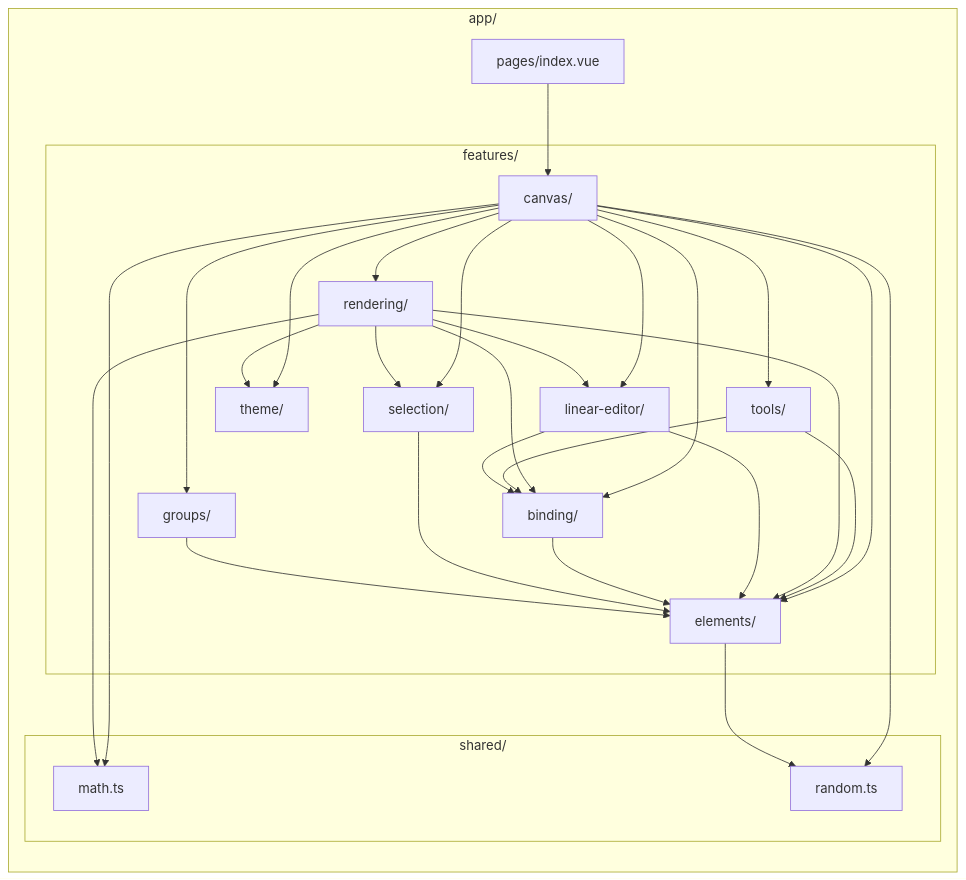
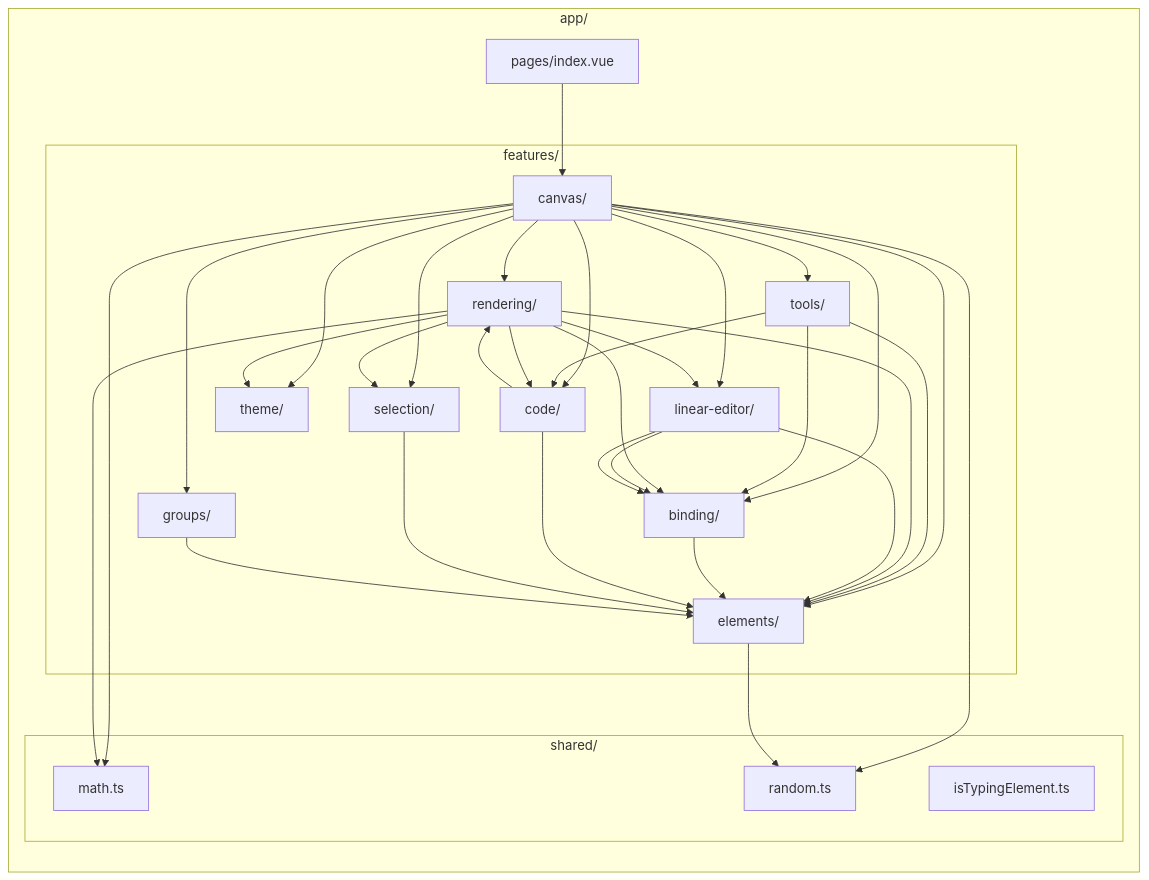
The diagram in docs/diagrams/feature-architecture.md (alexanderop/excalidrawNuxt), drawn with Mermaid before and after one commit. The commit also changed other lines of this file and 74 other files, not shown here.

````diff
--- a/docs/diagrams/feature-architecture.md
+++ b/docs/diagrams/feature-architecture.md
@@ -5,47 +5,55 @@
 ```mermaid
 graph LR
     subgraph "app/"
         Pages[pages/index.vue]
         subgraph "features/"
             Canvas[canvas/]
             Elements[elements/]
             Rendering[rendering/]
             Tools[tools/]
             Selection[selection/]
             LinearEditor[linear-editor/]
             Binding[binding/]
+            Code[code/]
             Theme[theme/]
             Groups[groups/]
         end
         subgraph "shared/"
             Math[math.ts]
             Random[random.ts]
+            IsTyping[isTypingElement.ts]
         end
     end
 
     Pages --> Canvas
     Canvas --> Elements
     Canvas --> Rendering
     Canvas --> Tools
     Canvas --> Selection
     Canvas --> LinearEditor
     Canvas --> Binding
+    Canvas --> Code
     Canvas --> Theme
     Canvas --> Groups
     Tools --> Elements
+    Tools --> Binding
+    Tools --> Code
     Rendering --> Elements
     Rendering --> Theme
     Rendering --> Selection
     Rendering --> LinearEditor
     Rendering --> Binding
+    Rendering --> Code
     LinearEditor --> Elements
+    LinearEditor --> Binding
     Binding --> Elements
-    Tools --> Binding
+    Code --> Elements
+    Code --> Rendering
     LinearEditor --> Binding
     Selection --> Elements
     Groups --> Elements
     Canvas --> Math
     Canvas --> Random
     Elements --> Random
     Rendering --> Math
 ```
````
